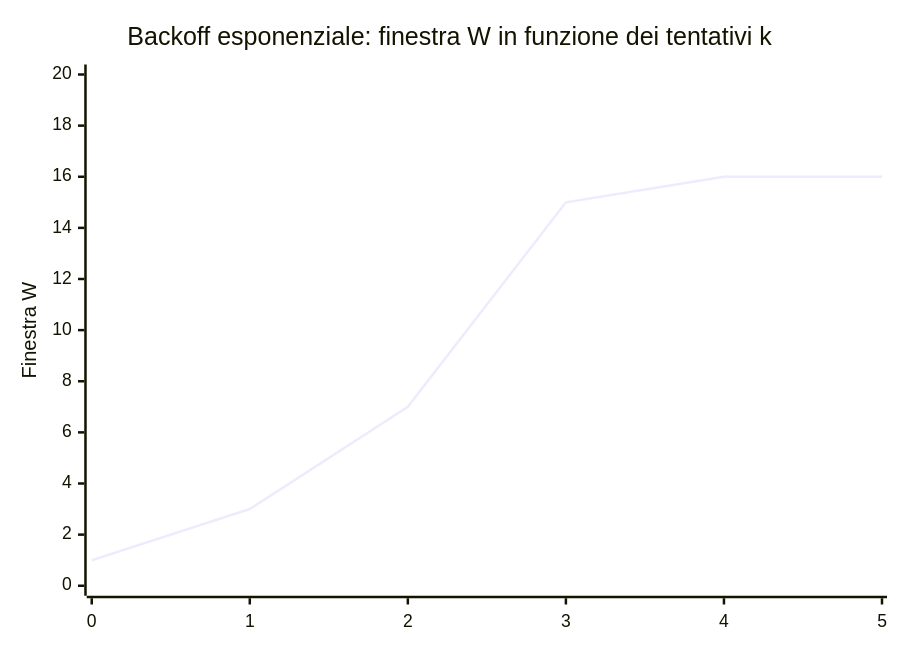
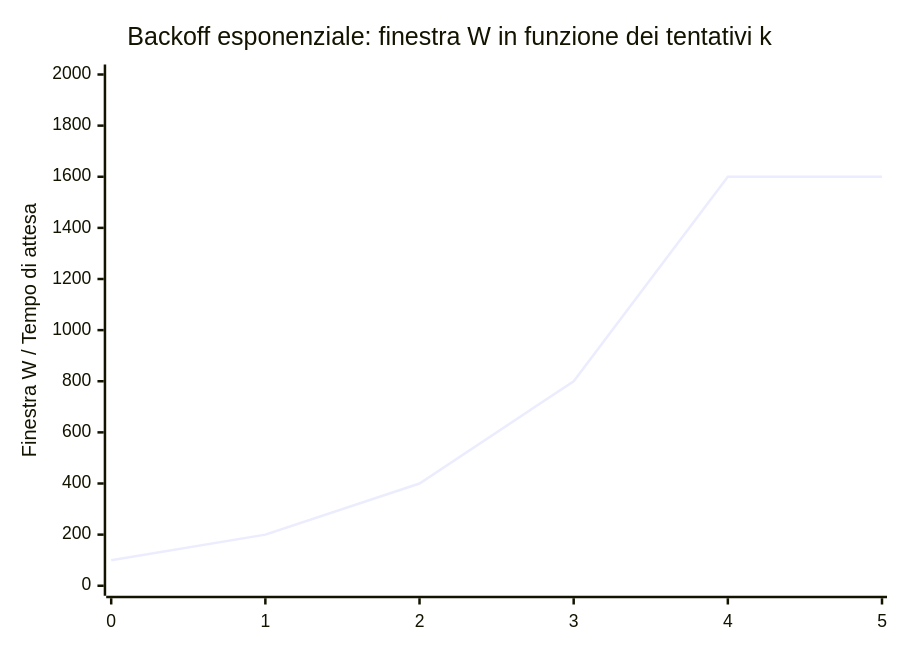
The diagram in 5-TPS/04-a-Backoff.md (didattica/CodeCompendium), drawn with Mermaid before and after one commit. The commit also changed other lines of this file, not shown here.

`````diff
--- a/5-TPS/04-a-Backoff.md
+++ b/5-TPS/04-a-Backoff.md
@@ -75,7 +88,7 @@
 ```mermaid
 xychart-beta
     title "Backoff esponenziale: finestra W in funzione dei tentativi k"
     x-axis ["0","1","2","3","4","5"]
-    y-axis "Finestra W" 0 --> 20
-    line [1,3,7,15,16,16]
+    y-axis "Finestra W / Tempo di attesa" 0 --> 2000
+    line [100,200,400,800,1600,1600]
 ````
`````
